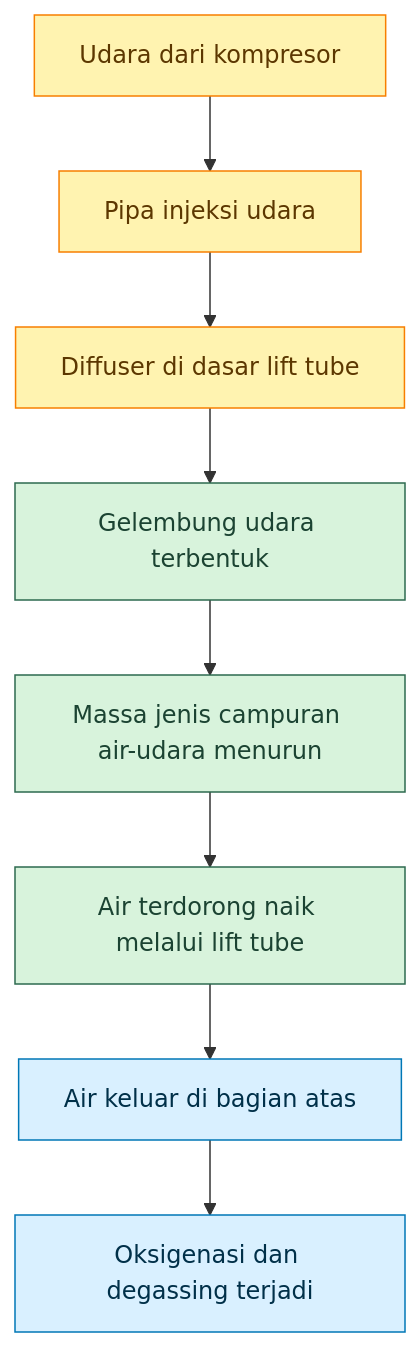
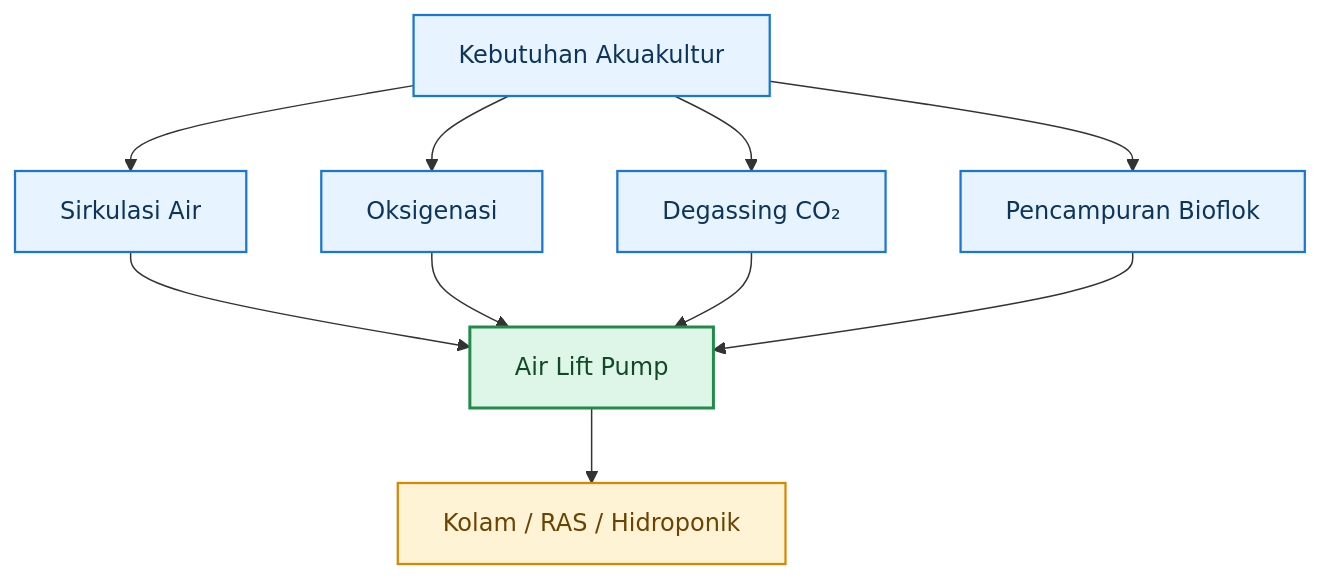
One commit to slametsampon/kawruhnology changed the first of 42 diagrams in content/blog/agri/airlift-pump.mdx. Above: the diagram before and after it, drawn with Mermaid. The commit also changed other lines of this file and 8 other files, not shown here.

Commit message:
update airlift pump, laju-air-fluida

````diff
--- a/content/blog/agri/airlift-pump.mdx
+++ b/content/blog/agri/airlift-pump.mdx
@@ -171,18 +111,22 @@
 ```mermaid
 flowchart TD
-    A[Udara dari kompresor] --> B[Pipa injeksi udara]
-    B --> C[Diffuser di dasar lift tube]
-    C --> D[Gelembung udara terbentuk]
-    D --> E[Massa jenis campuran air-udara menurun]
-    E --> F[Air terdorong naik melalui lift tube]
-    F --> G[Air keluar di bagian atas]
-    G --> H[Oksigenasi dan degassing terjadi]
+    A["Kebutuhan Akuakultur"] --> B["Sirkulasi Air"]
+    A --> C["Oksigenasi"]
+    A --> D["Degassing CO₂"]
+    A --> E["Pencampuran Bioflok"]
 
-    classDef air fill:#d9f0ff,stroke:#0077b6,color:#003049;
-    classDef gas fill:#fff3b0,stroke:#f77f00,color:#5c3700;
-    classDef process fill:#d8f3dc,stroke:#2d6a4f,color:#1b4332;
+    B --> F["Air Lift Pump"]
+    C --> F
+    D --> F
+    E --> F
 
-    class A,B,C gas;
-    class D,E,F process;
-    class G,H air;
+    F --> G["Kolam / RAS / Hidroponik"]
+
+    classDef need fill:#E7F3FF,stroke:#1976D2,color:#0D355C,stroke-width:1.5px;
+    classDef pump fill:#DDF6E8,stroke:#218C4A,color:#124A27,stroke-width:2px;
+    classDef output fill:#FFF3D6,stroke:#D88700,color:#6A4300,stroke-width:1.5px;
+
+    class A,B,C,D,E need;
+    class F pump;
+    class G output;
 ```
````
